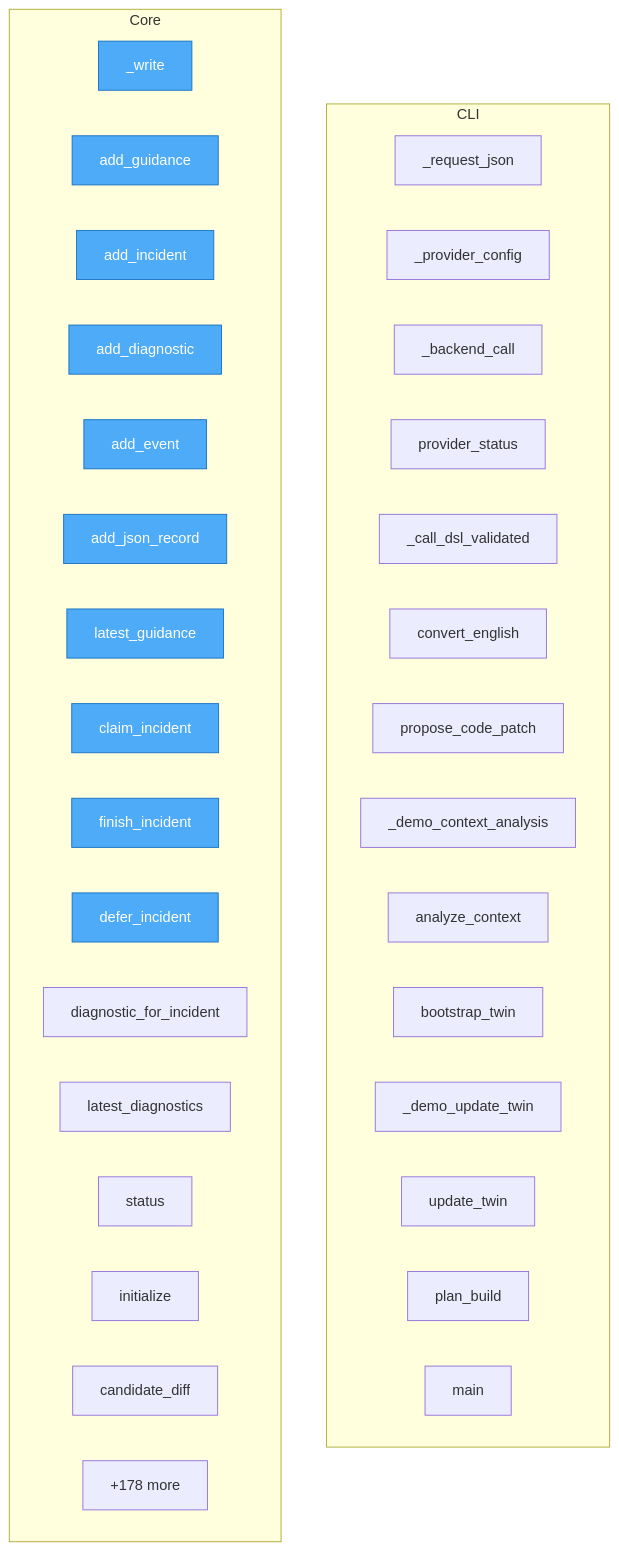
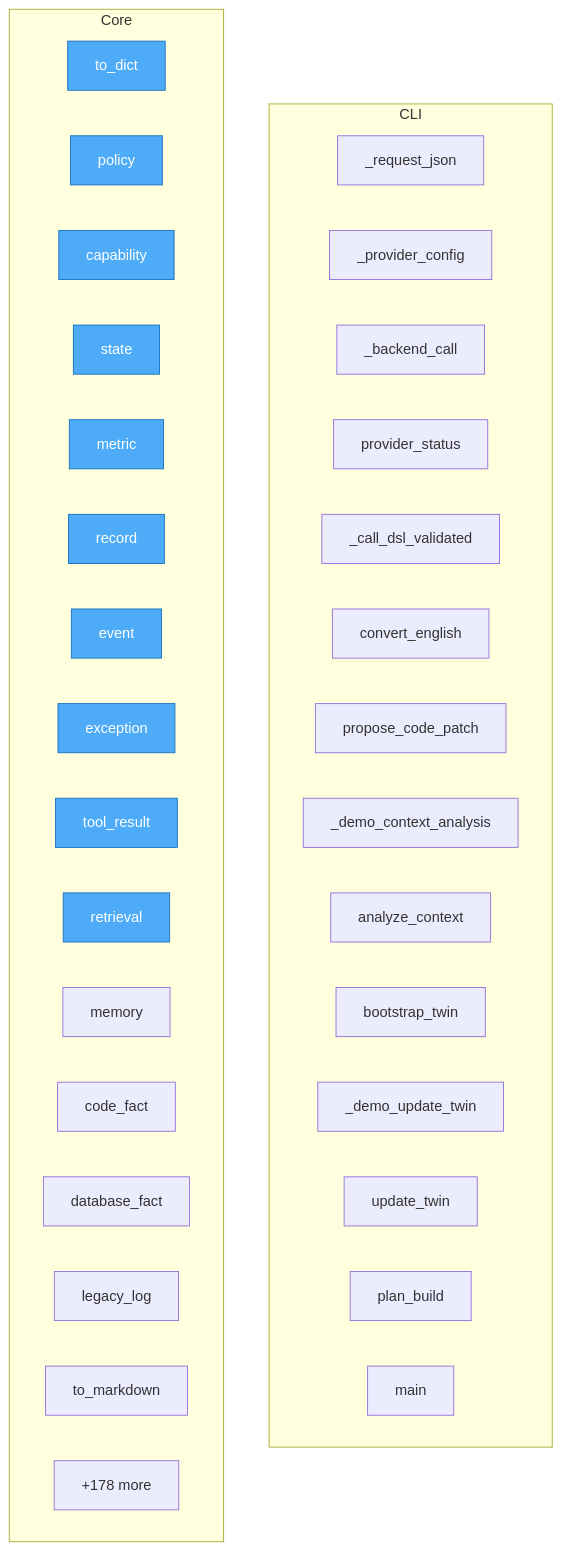
One commit to tom-sapletta-com/onlyDSL changed the diagram in project/flow.mmd. Above: the diagram before and after it, drawn with Mermaid. The commit also changed 20 other files, not shown here.

```diff
--- a/project/flow.mmd
+++ b/project/flow.mmd
@@ -1,43 +1,43 @@
 flowchart TD
-%% generated in 0.02s
+%% generated in 0.04s
 
     %% Entry points (blue)
     classDef entry fill:#4dabf7,stroke:#1971c2,color:#fff
 
     subgraph CLI
         llm_client___request_json["_request_json"]
         llm_client___provider_config["_provider_config"]
         llm_client___backend_call["_backend_call"]
         llm_client__provider_status["provider_status"]
         llm_client___call_dsl_validated["_call_dsl_validated"]
         llm_client__convert_english["convert_english"]
         llm_client__propose_code_patch["propose_code_patch"]
         llm_client___demo_context_analysis["_demo_context_analysis"]
         llm_client__analyze_context["analyze_context"]
         llm_client__bootstrap_twin["bootstrap_twin"]
         llm_client___demo_update_twin["_demo_update_twin"]
         llm_client__update_twin["update_twin"]
         llm_client__plan_build["plan_build"]
         onlydsl__cli__main["main"]
     end
 
     subgraph Core
-        evolution__EvolutionStore___write["_write"]
-        evolution__EvolutionStore__add_guidance["add_guidance"]
-        evolution__EvolutionStore__add_incident["add_incident"]
-        evolution__EvolutionStore__add_diagnostic["add_diagnostic"]
-        evolution__EvolutionStore__add_event["add_event"]
-        evolution__EvolutionStore__add_json_record["add_json_record"]
-        evolution__EvolutionStore__latest_guidance["latest_guidance"]
-        evolution__EvolutionStore__claim_incident["claim_incident"]
-        evolution__EvolutionStore__finish_incident["finish_incident"]
-        evolution__EvolutionStore__defer_incident["defer_incident"]
-        evolution__EvolutionStore__diagnostic_for_incident["diagnostic_for_incident"]
-        evolution__EvolutionStore__latest_diagnostics["latest_diagnostics"]
-        evolution__EvolutionStore__status["status"]
-        packages__onlydsl_ssot__src__onlydsl_ssot__writer__SsotStore__initialize["initialize"]
-        packages__onlydsl_ssot__src__onlydsl_ssot__writer__SsotStore__candidate_diff["candidate_diff"]
+        contextdsl__ContextDocument__to_dict["to_dict"]
+        contextdsl__ContextCompiler__policy["policy"]
+        contextdsl__ContextCompiler__capability["capability"]
+        contextdsl__ContextCompiler__state["state"]
+        contextdsl__ContextCompiler__metric["metric"]
+        contextdsl__ContextCompiler__record["record"]
+        contextdsl__ContextCompiler__event["event"]
+        contextdsl__ContextCompiler__exception["exception"]
+        contextdsl__ContextCompiler__tool_result["tool_result"]
+        contextdsl__ContextCompiler__retrieval["retrieval"]
+        contextdsl__ContextCompiler__memory["memory"]
+        contextdsl__ContextCompiler__code_fact["code_fact"]
+        contextdsl__ContextCompiler__database_fact["database_fact"]
+        contextdsl__ContextCompiler__legacy_log["legacy_log"]
+        contextdsl__ContextCompiler__to_markdown["to_markdown"]
         ...["+178 more"]
     end
 
-    class evolution__EvolutionStore___write,evolution__EvolutionStore__add_guidance,evolution__EvolutionStore__add_incident,evolution__EvolutionStore__add_diagnostic,evolution__EvolutionStore__add_event,evolution__EvolutionStore__add_json_record,evolution__EvolutionStore__latest_guidance,evolution__EvolutionStore__claim_incident,evolution__EvolutionStore__finish_incident,evolution__EvolutionStore__defer_incident entry
+    class contextdsl__ContextDocument__to_dict,contextdsl__ContextCompiler__policy,contextdsl__ContextCompiler__capability,contextdsl__ContextCompiler__state,contextdsl__ContextCompiler__metric,contextdsl__ContextCompiler__record,contextdsl__ContextCompiler__event,contextdsl__ContextCompiler__exception,contextdsl__ContextCompiler__tool_result,contextdsl__ContextCompiler__retrieval entry
```
